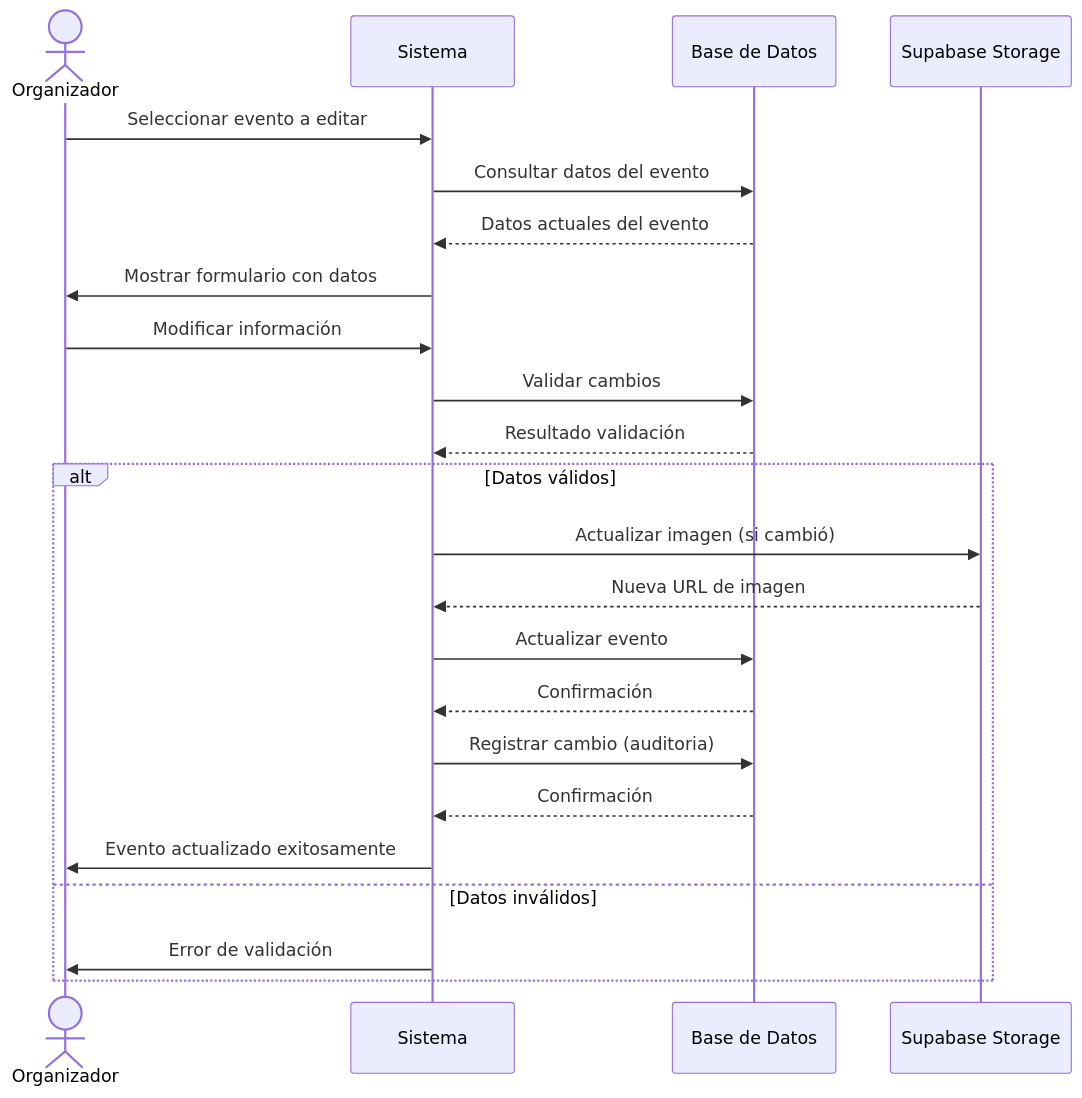
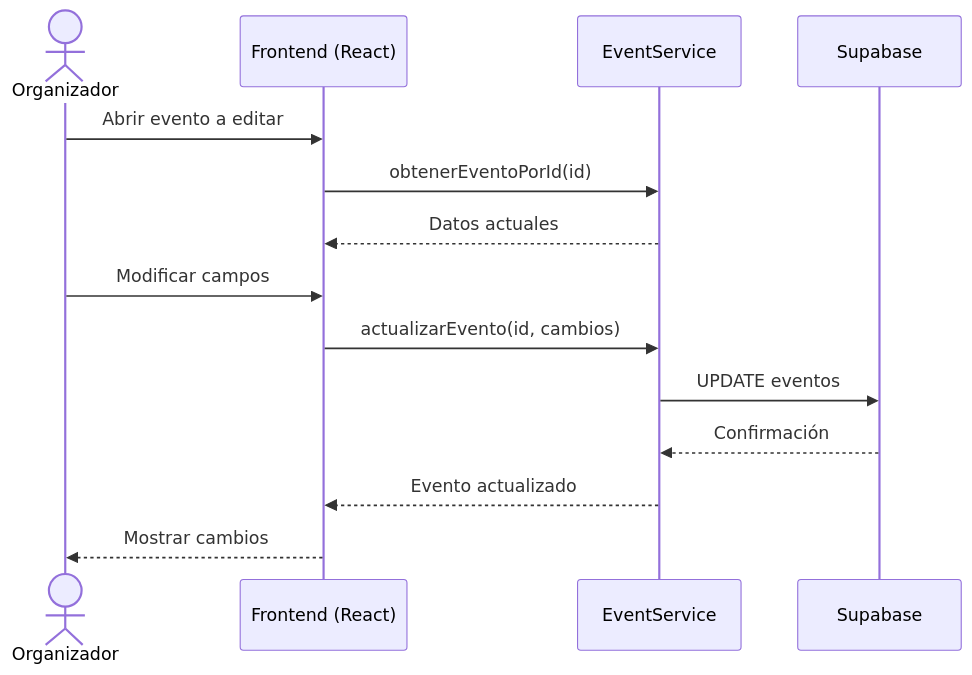
Before and after one commit to Deibyd07/Gestion-de-Eventos: the tenth of 33 diagrams in Documentacion/Diagramas/Diagrama_Secuencias.md, drawn with Mermaid. The commit also changed other lines of this file, not shown here.

Commit message:
Update sequence diagrams to reflect actual implementation

````diff
--- a/Documentacion/Diagramas/Diagrama_Secuencias.md
+++ b/Documentacion/Diagramas/Diagrama_Secuencias.md
@@ -214,26 +181,17 @@
 ```mermaid
 sequenceDiagram
     actor Organizador
-    participant Sistema
-    participant BD as Base de Datos
-    participant Storage as Supabase Storage
-    
-    Organizador->>Sistema: Seleccionar evento a editar
-    Sistema->>BD: Consultar datos del evento
-    BD-->>Sistema: Datos actuales del evento
-    Sistema->>Organizador: Mostrar formulario con datos
-    Organizador->>Sistema: Modificar información
-    Sistema->>BD: Validar cambios
-    BD-->>Sistema: Resultado validación
-    alt Datos válidos
-        Sistema->>Storage: Actualizar imagen (si cambió)
-        Storage-->>Sistema: Nueva URL de imagen
-        Sistema->>BD: Actualizar evento
-        BD-->>Sistema: Confirmación
-        Sistema->>BD: Registrar cambio (auditoria)
-        BD-->>Sistema: Confirmación
-        Sistema->>Organizador: Evento actualizado exitosamente
-    else Datos inválidos
-        Sistema->>Organizador: Error de validación
-    end
+    participant App as Frontend (React)
+    participant EventSvc as EventService
+    participant BD as Supabase
+
+    Organizador->>App: Abrir evento a editar
+    App->>EventSvc: obtenerEventoPorId(id)
+    EventSvc-->>App: Datos actuales
+    Organizador->>App: Modificar campos
+    App->>EventSvc: actualizarEvento(id, cambios)
+    EventSvc->>BD: UPDATE eventos
+    BD-->>EventSvc: Confirmación
+    EventSvc-->>App: Evento actualizado
+    App-->>Organizador: Mostrar cambios
 ```
````
